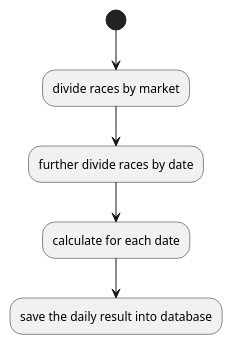
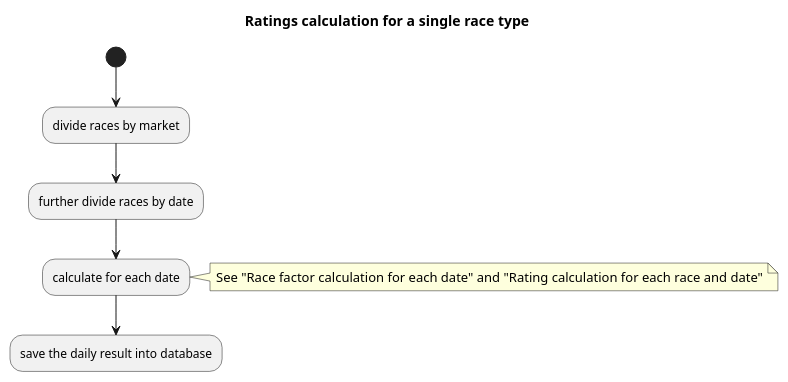
The diagram in doc/java-code-flow/01.ratings-calculation-for-single-type.puml (Ramadamadam/fl-track-mate-rating-algorithm), drawn with PlantUML before and after one commit. The commit also changed 4 other files, not shown here.

```diff
--- a/doc/java-code-flow/01.ratings-calculation-for-single-type.puml
+++ b/doc/java-code-flow/01.ratings-calculation-for-single-type.puml
@@ -1,6 +1,10 @@
 @startuml
+title Ratings calculation for a single race type
 (*) --> "divide races by market"
 "divide races by market" --> "further divide races by date"
 "further divide races by date" --> "calculate for each date"
+note right
+See "Race factor calculation for each date" and "Rating calculation for each race and date"
+end note
 "calculate for each date" --> "save the daily result into database"
 @enduml
```
